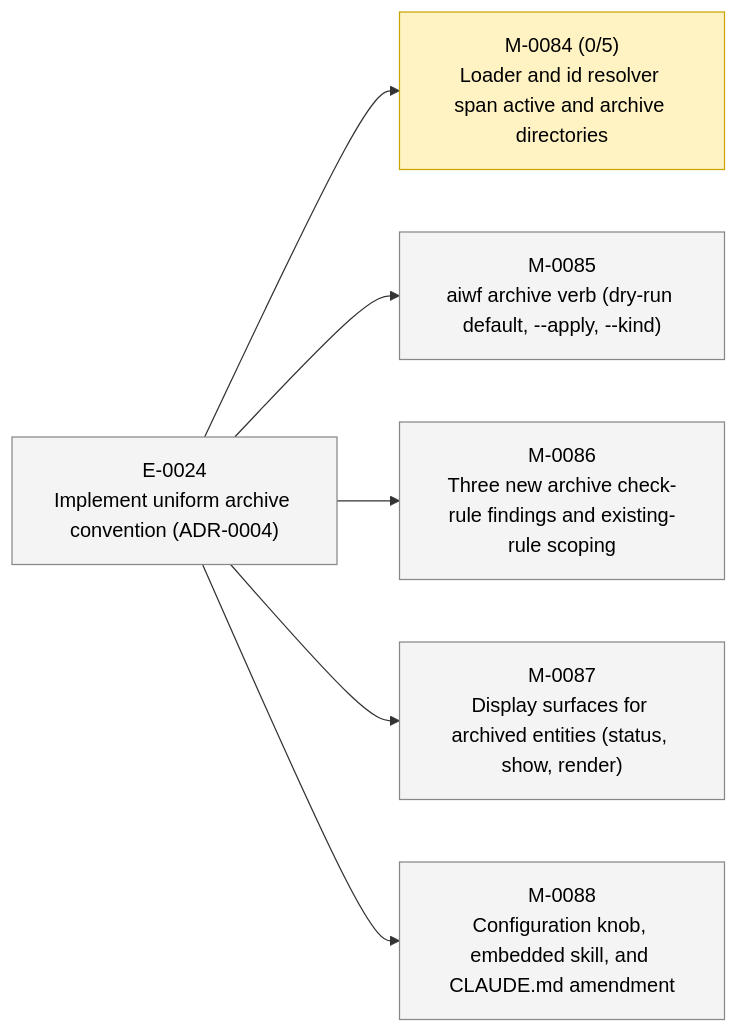
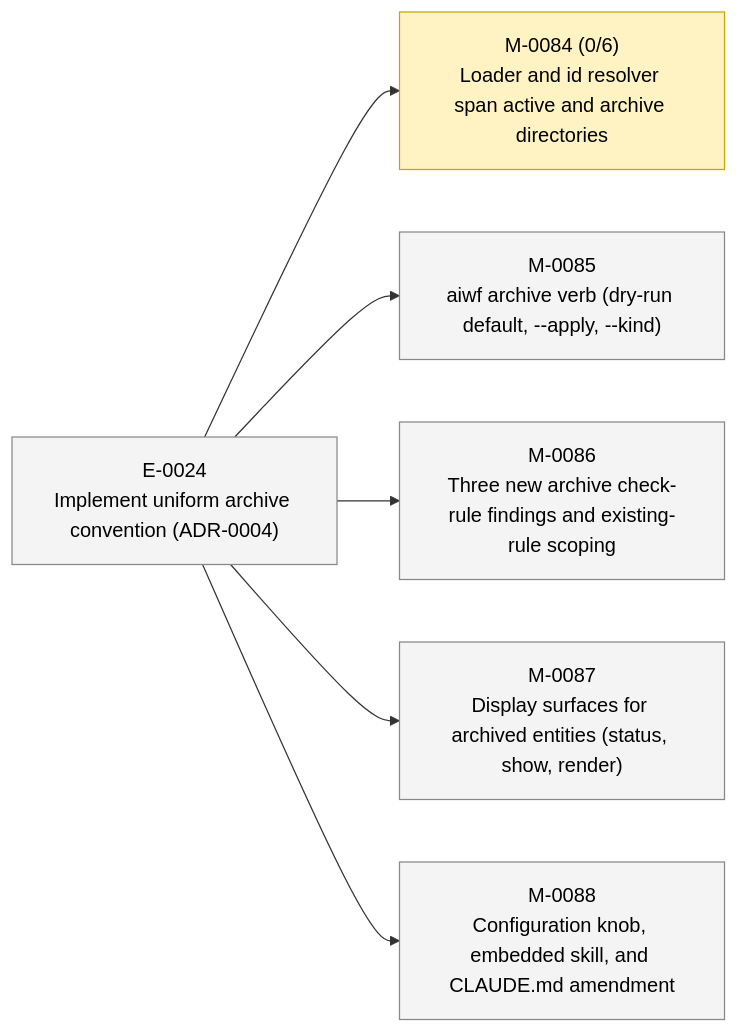
The second of 2 diagrams in STATUS.md (23min/aiwf), drawn with Mermaid before and after one commit. The commit also changed other lines of this file and 1 other file, not shown here.

First line of the commit message:
aiwf add ac M-0084/AC-6 "Loader cost is bounded; archive-empty trees pay no extra cost"

````diff
--- a/STATUS.md
+++ b/STATUS.md
@@ -49,20 +49,20 @@
 ```mermaid
 flowchart LR
   E_0024["E-0024<br/>Implement uniform archive convention (ADR-0004)"]:::epic_proposed
-  M_0084["M-0084 (0/5)<br/>Loader and id resolver span active and archive directories"]:::ms_in_progress
+  M_0084["M-0084 (0/6)<br/>Loader and id resolver span active and archive directories"]:::ms_in_progress
   E_0024 --> M_0084
   M_0085["M-0085<br/>aiwf archive verb (dry-run default, --apply, --kind)"]:::ms_draft
   E_0024 --> M_0085
   M_0086["M-0086<br/>Three new archive check-rule findings and existing-rule scoping"]:::ms_draft
   E_0024 --> M_0086
   M_0087["M-0087<br/>Display surfaces for archived entities (status, show, render)"]:::ms_draft
   E_0024 --> M_0087
   M_0088["M-0088<br/>Configuration knob, embedded skill, and CLAUDE.md amendment"]:::ms_draft
   E_0024 --> M_0088
   classDef epic_active fill:#d6eaff,stroke:#1a73e8,color:#000
   classDef epic_proposed fill:#f4f4f4,stroke:#888,color:#000
   classDef ms_done fill:#d8f5d8,stroke:#2a8a2a,color:#000
   classDef ms_in_progress fill:#fff3c4,stroke:#caa400,color:#000
   classDef ms_draft fill:#f4f4f4,stroke:#888,color:#000
   classDef ms_cancelled fill:#fbeaea,stroke:#c33,color:#000
 ```
````
